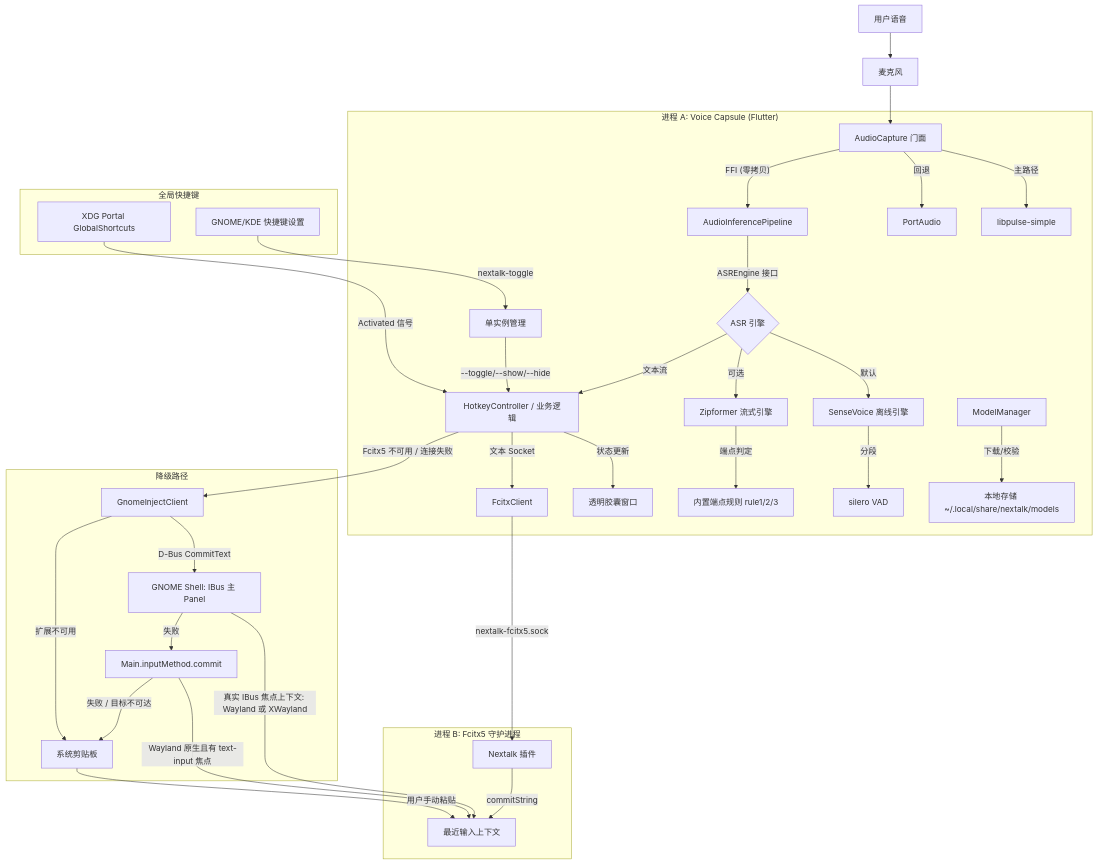
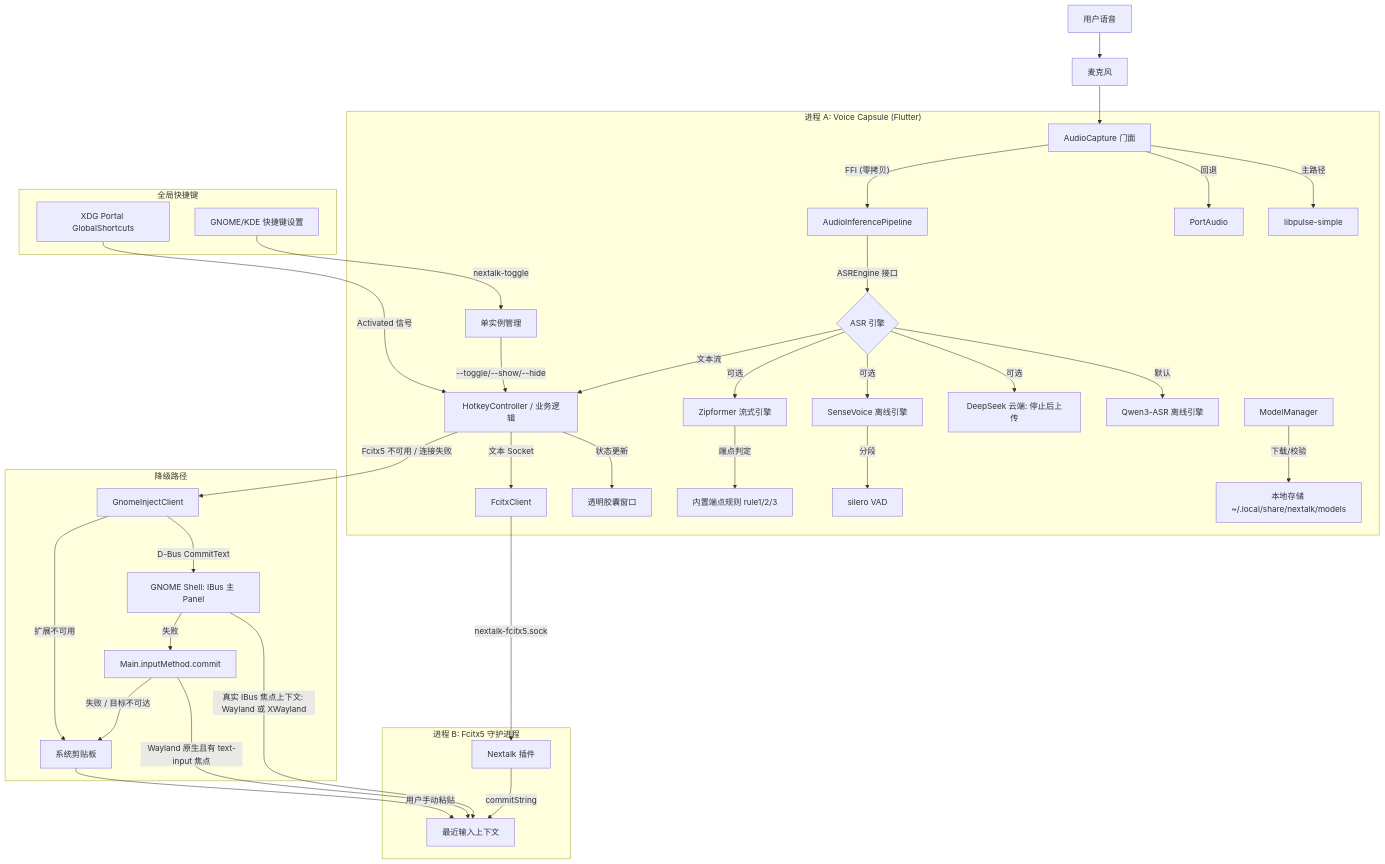
One commit to gonewx/nextalk changed the diagram in docs/architecture_zh.md. Above: the diagram before and after it, drawn with Mermaid. The commit also changed other lines of this file and 8 other files, not shown here.

````diff
--- a/docs/architecture_zh.md
+++ b/docs/architecture_zh.md
@@ -26,42 +27,44 @@
 ```mermaid
 graph TD
     User[用户语音] --> Mic[麦克风]
     Mic --> Capture[AudioCapture 门面]
 
     subgraph "进程 A: Voice Capsule (Flutter)"
         Capture -- "主路径" --> Pulse[libpulse-simple]
         Capture -- "回退" --> PA[PortAudio]
         Capture -- "FFI (零拷贝)" --> Pipeline[AudioInferencePipeline]
         Pipeline -- "ASREngine 接口" --> Engine{ASR 引擎}
-        Engine -- "默认" --> SV[SenseVoice 离线引擎]
+        Engine -- "默认" --> QW[Qwen3-ASR 离线引擎]
+        Engine -- "可选" --> DS[DeepSeek 云端: 停止后上传]
+        Engine -- "可选" --> SV[SenseVoice 离线引擎]
         Engine -- "可选" --> ZF[Zipformer 流式引擎]
         SV -- "分段" --> VAD[silero VAD]
         ZF -- "端点判定" --> EP[内置端点规则 rule1/2/3]
         Engine -- "文本流" --> Logic[HotkeyController / 业务逻辑]
         Logic -- "状态更新" --> UI[透明胶囊窗口]
         Logic -- "文本 Socket" --> IPC_Text[FcitxClient]
         SingleInstance[单实例管理] -- "--toggle/--show/--hide" --> Logic
         ModelMgr[ModelManager] -- "下载/校验" --> Storage[本地存储 ~/.local/share/nextalk/models]
     end
 
     subgraph "进程 B: Fcitx5 守护进程"
         IPC_Text -- "nextalk-fcitx5.sock" --> IPC_Server[Nextalk 插件]
         IPC_Server -- "commitString" --> TargetApp[最近输入上下文]
     end
 
     subgraph "全局快捷键"
         Portal[XDG Portal GlobalShortcuts] -- "Activated 信号" --> Logic
         SystemShortcut[GNOME/KDE 快捷键设置] -- "nextalk-toggle" --> SingleInstance
     end
 
     subgraph "降级路径"
         Logic -- "Fcitx5 不可用 / 连接失败" --> GNOME[GnomeInjectClient]
         GNOME -- "D-Bus CommitText" --> Panel[GNOME Shell: IBus 主 Panel]
         Panel -- "真实 IBus 焦点上下文: Wayland 或 XWayland" --> TargetApp
         Panel -- "失败" --> IM[Main.inputMethod.commit]
         IM -- "Wayland 原生且有 text-input 焦点" --> TargetApp
         GNOME -- "扩展不可用" --> Clipboard[系统剪贴板]
         IM -- "失败 / 目标不可达" --> Clipboard
         Clipboard -- "用户手动粘贴" --> TargetApp
     end
 ```
````
